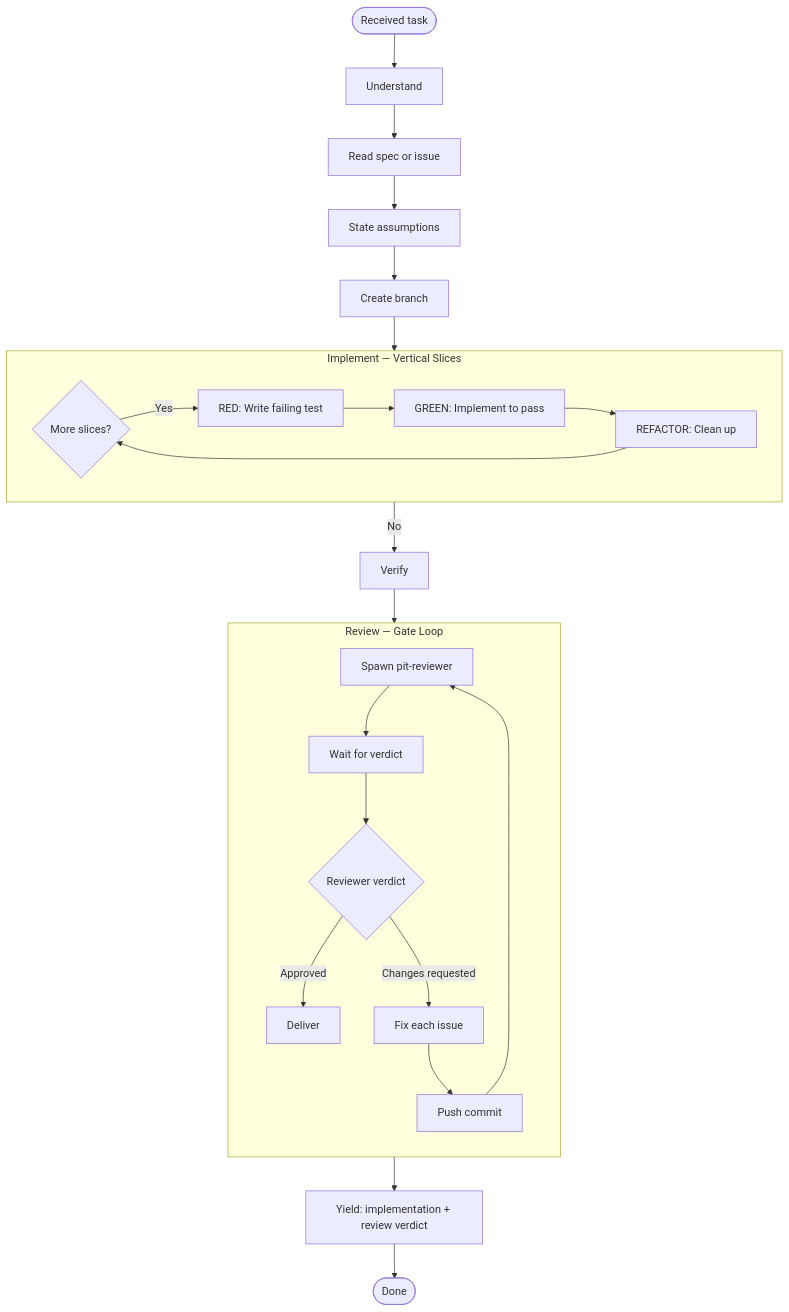
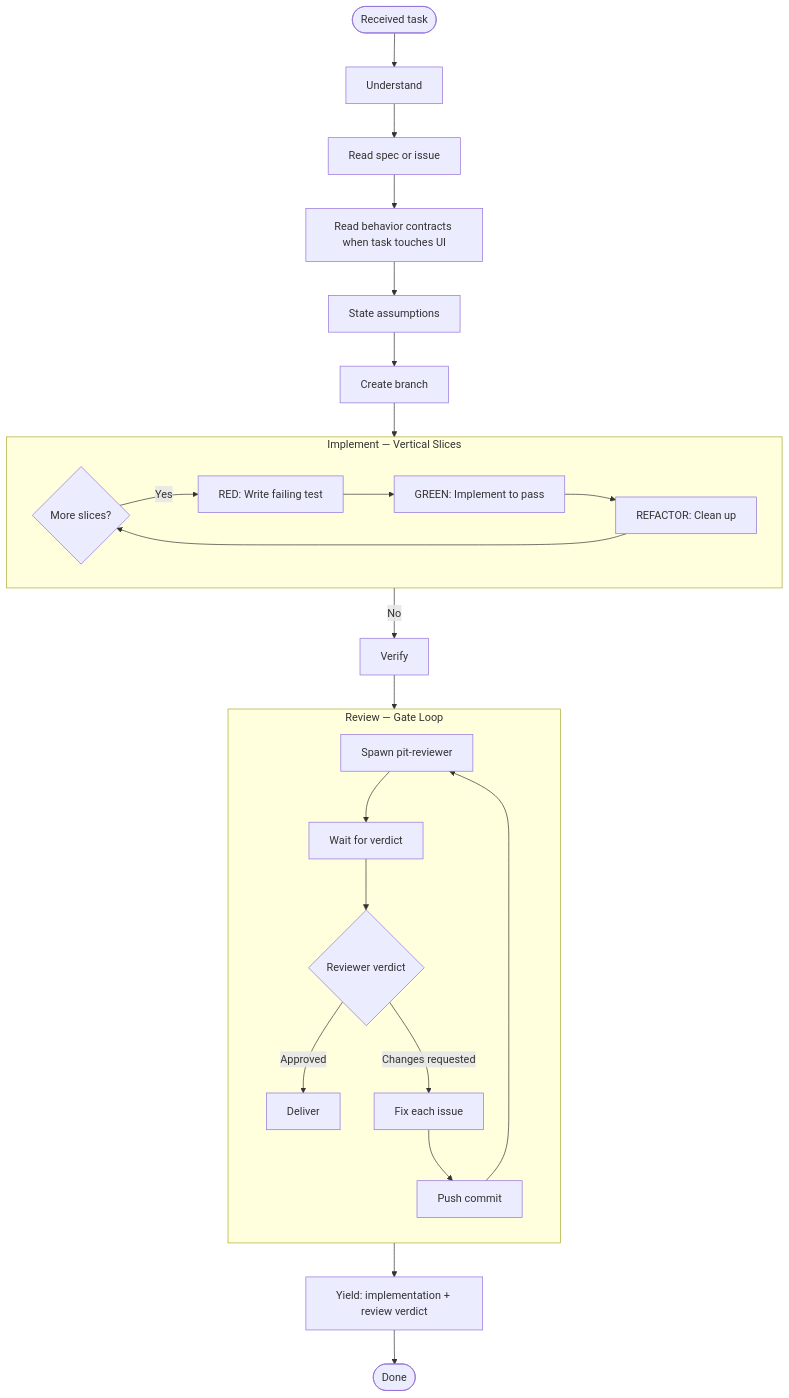
Before and after one commit to czer323/pit-lane: the diagram in .omp/agents/pit-implementer.md, drawn with Mermaid. The commit also changed other lines of this file and 9 other files, not shown here.

Commit message:
feat(mock): codify track entry behavior contracts + assertion suite

````diff
--- a/.omp/agents/pit-implementer.md
+++ b/.omp/agents/pit-implementer.md
@@ -32,35 +32,36 @@
 ```mermaid
 flowchart TD
     Start(["Received task"]) --> Understand[Understand]
 
     Understand --> A1[Read spec or issue]
-    A1 --> A2[State assumptions]
+    A1 --> A0[Read behavior contracts when task touches UI]
+    A0 --> A2[State assumptions]
     A2 --> A3[Create branch]
     A3 --> Implement
 
     subgraph Implement[Implement — Vertical Slices]
         direction LR
         SLICE_MORE{More slices?} -->|Yes| RED
         RED[RED: Write failing test]
         RED --> GREEN[GREEN: Implement to pass]
         GREEN --> REFACTOR[REFACTOR: Clean up]
         REFACTOR --> SLICE_MORE
     end
 
     SLICE_MORE -->|No| Verify
 
     Verify --> ReviewGate
 
     subgraph ReviewGate[Review — Gate Loop]
         direction TB
         SPAWN[Spawn pit-reviewer] --> WAIT[Wait for verdict]
         WAIT --> VERDICT{Reviewer verdict}
         VERDICT -->|Approved| Deliver
         VERDICT -->|Changes requested| FIX[Fix each issue]
         FIX --> FIX_PUSH[Push commit]
         FIX_PUSH --> SPAWN
     end
 
     Deliver[Deliver] --> YIELD[Yield: implementation + review verdict]
     YIELD --> Done(["Done"])
 ```
````
